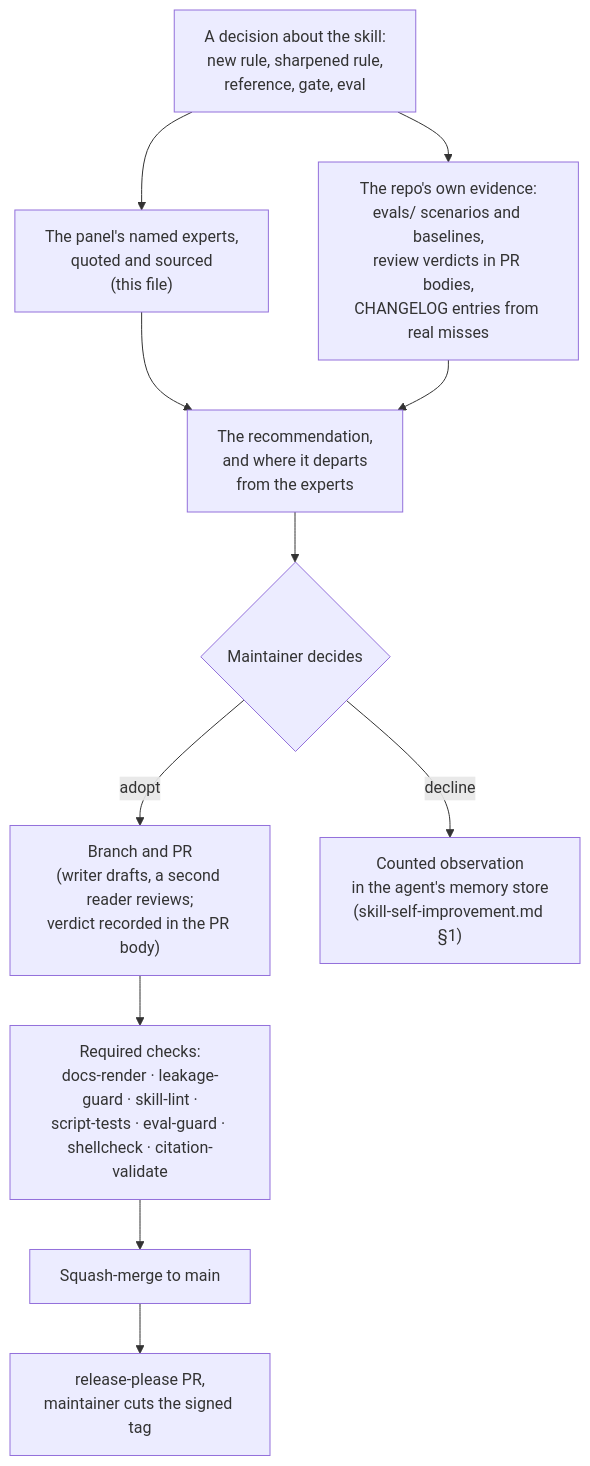
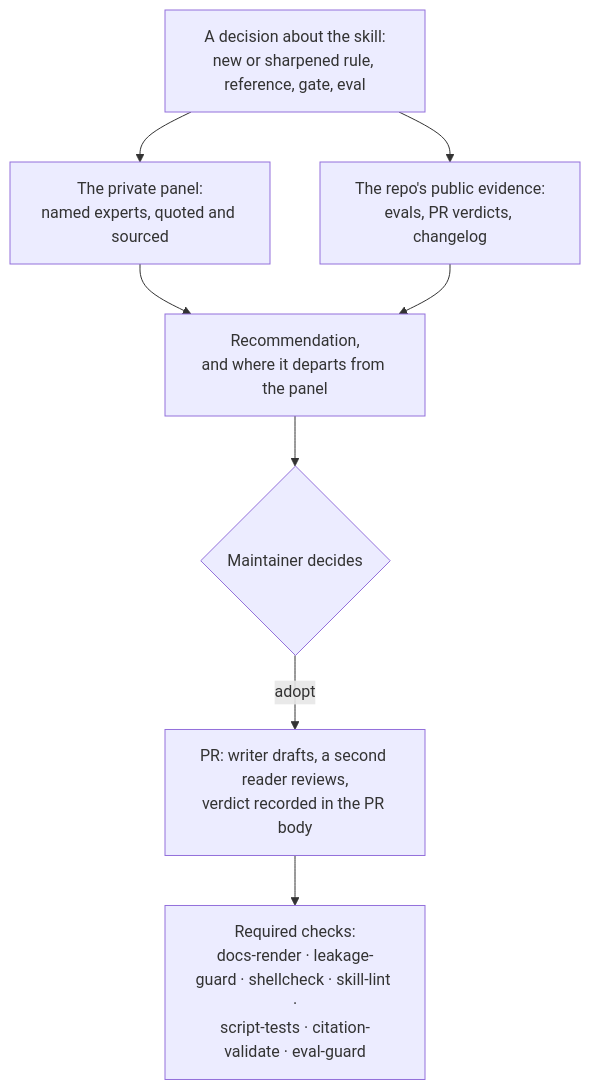
The diagram in docs/expert-panel.md (bjgreenberg/senior-engineering-partner), drawn with Mermaid before and after one commit. The commit also changed other lines of this file and 2 other files, not shown here.

First line of the commit message:
docs: keep the expert panel private; the repo explains the rule

````diff
--- a/docs/expert-panel.md
+++ b/docs/expert-panel.md
@@ -27,13 +45,10 @@
 ```mermaid
 flowchart TD
-    Q["A decision about the skill:<br/>new rule, sharpened rule,<br/>reference, gate, eval"] --> EXP["The panel's named experts,<br/>quoted and sourced<br/>(this file)"]
-    Q --> DATA["The repo's own evidence:<br/>evals/ scenarios and baselines,<br/>review verdicts in PR bodies,<br/>CHANGELOG entries from real misses"]
-    EXP --> REC["The recommendation,<br/>and where it departs<br/>from the experts"]
+    Q["A decision about the skill:<br/>new or sharpened rule, reference, gate, eval"] --> PANEL["The private panel:<br/>named experts, quoted and sourced"]
+    Q --> DATA["The repo's public evidence:<br/>evals, PR verdicts, changelog"]
+    PANEL --> REC["Recommendation,<br/>and where it departs from the panel"]
     DATA --> REC
     REC --> M{"Maintainer decides"}
-    M -->|"adopt"| PR["Branch and PR<br/>(writer drafts, a second reader reviews;<br/>verdict recorded in the PR body)"]
-    M -->|"decline"| OBS["Counted observation<br/>in the agent's memory store<br/>(skill-self-improvement.md §1)"]
-    PR --> CI["Required checks:<br/>docs-render · leakage-guard · skill-lint ·<br/>script-tests · eval-guard · shellcheck · citation-validate"]
-    CI --> MERGE["Squash-merge to main"]
-    MERGE --> REL["release-please PR,<br/>maintainer cuts the signed tag"]
+    M -->|"adopt"| PR["PR: writer drafts, a second reader reviews,<br/>verdict recorded in the PR body"]
+    PR --> CI["Required checks:<br/>docs-render · leakage-guard · shellcheck · skill-lint ·<br/>script-tests · citation-validate · eval-guard"]
 ```
````
